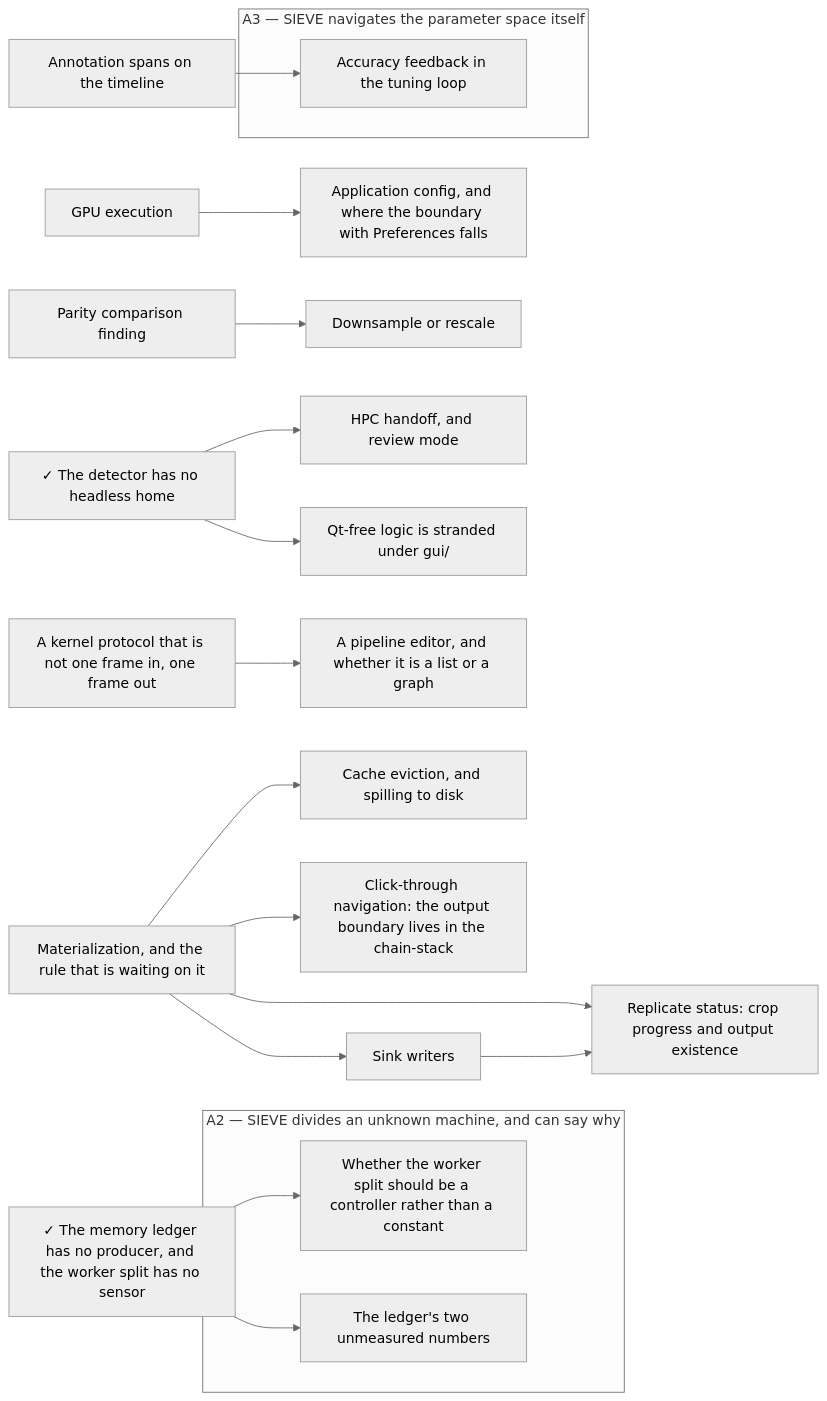
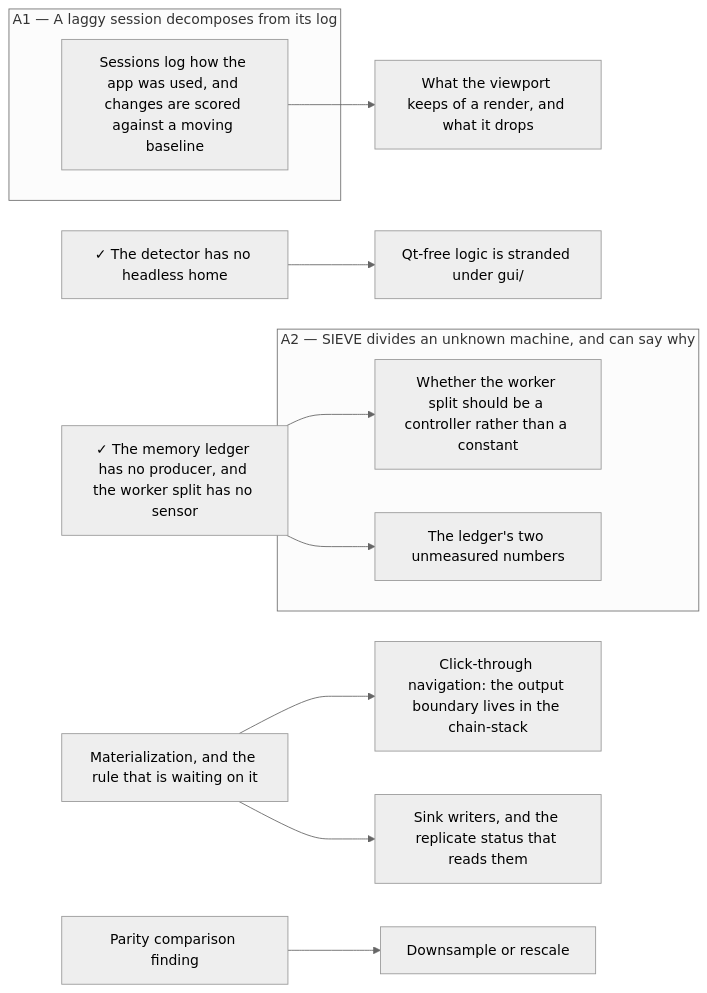
The diagram in docs/.state.md (soulsynapse/antscihub-SIEVE), drawn with Mermaid (neutral theme) before and after one commit. The commit also changed other lines of this file and 22 other files, not shown here.

````diff
--- a/docs/.state.md
+++ b/docs/.state.md
@@ -76,39 +66,26 @@
 ```mermaid
 graph LR
+  subgraph A1["A1 — A laggy session decomposes from its log"]
+      slow_path_surfacing["Sessions log how the app was used, and changes are scored against a moving baseline"]
+  end
   subgraph A2["A2 — SIEVE divides an unknown machine, and can say why"]
       adaptive_worker_allocation["Whether the worker split should be a controller rather than a constant"]
       ledger_measurements["The ledger's two unmeasured numbers"]
   end
-  subgraph A3["A3 — SIEVE navigates the parameter space itself"]
-      accuracy_feedback["Accuracy feedback in the tuning loop"]
-  end
-    annotation_spans["Annotation spans on the timeline"]
-    application_config["Application config, and where the boundary with Preferences falls"]
-    cache_eviction["Cache eviction, and spilling to disk"]
     click_through_navigation["Click-through navigation: the output boundary lives in the chain-stack"]
     downsample_or_rescale["Downsample or rescale"]
-    gpu_execution["GPU execution"]
     headless_detection["✓ The detector has no headless home"]
-    hpc_handoff_and_review_mode["HPC handoff, and review mode"]
-    kernel_protocol_beyond_one_frame["A kernel protocol that is not one frame in, one frame out"]
     ledger_producers["✓ The memory ledger has no producer, and the worker split has no sensor"]
     materialization["Materialization, and the rule that is waiting on it"]
     parity_comparison_finding["Parity comparison finding"]
-    pipeline_editor_list_or_graph["A pipeline editor, and whether it is a list or a graph"]
+    proxy_retention_policy["What the viewport keeps of a render, and what it drops"]
     qt_free_logic_under_gui["Qt-free logic is stranded under gui/"]
-    replicate_status_columns["Replicate status: crop progress and output existence"]
-    sink_writers["Sink writers"]
-    annotation_spans --> accuracy_feedback
+    sink_writers["Sink writers, and the replicate status that reads them"]
     ledger_producers --> adaptive_worker_allocation
-    gpu_execution --> application_config
-    materialization --> cache_eviction
     materialization --> click_through_navigation
     parity_comparison_finding --> downsample_or_rescale
-    headless_detection --> hpc_handoff_and_review_mode
     ledger_producers --> ledger_measurements
-    kernel_protocol_beyond_one_frame --> pipeline_editor_list_or_graph
+    slow_path_surfacing --> proxy_retention_policy
     headless_detection --> qt_free_logic_under_gui
-    sink_writers --> replicate_status_columns
-    materialization --> replicate_status_columns
     materialization --> sink_writers
 ```
````
